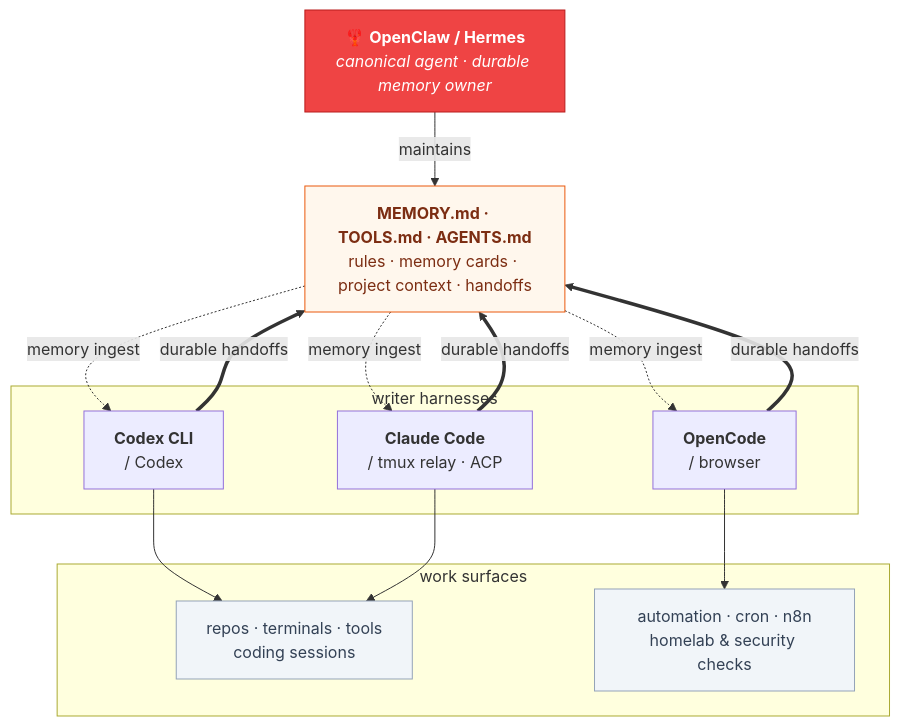
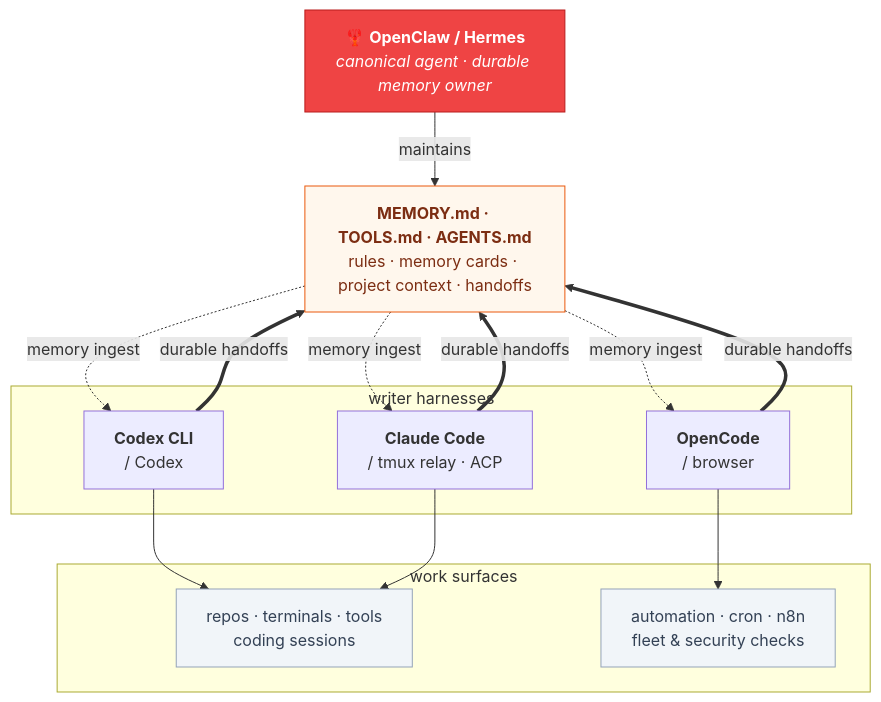
The diagram in README.md (escoffier-labs/solos-cookbook), drawn with Mermaid before and after one commit. The commit also changed other lines of this file and 13 other files, not shown here.

````diff
--- a/README.md
+++ b/README.md
@@ -91,29 +91,29 @@
 ```mermaid
 flowchart TB
     OWNER["🦞 <b>OpenClaw / Hermes</b><br/><i>canonical agent · durable memory owner</i>"]
     MEM["<b>MEMORY.md · TOOLS.md · AGENTS.md</b><br/>rules · memory cards · project context · handoffs"]
     OWNER -->|maintains| MEM
 
     subgraph WRITERS [" writer harnesses "]
         CODEX["<b>Codex CLI</b><br/>/ Codex"]
         CLAUDE["<b>Claude Code</b><br/>/ tmux relay · ACP"]
         OPEN["<b>OpenCode</b><br/>/ browser"]
     end
 
     CODEX & CLAUDE & OPEN == durable handoffs ==> MEM
     MEM -. memory ingest .-> CODEX & CLAUDE & OPEN
 
     subgraph SURFACES [" work surfaces "]
         WORK["repos · terminals · tools<br/>coding sessions"]
-        AUTO["automation · cron · n8n<br/>homelab & security checks"]
+        AUTO["automation · cron · n8n<br/>fleet & security checks"]
     end
     CODEX & CLAUDE --> WORK
     OPEN --> AUTO
 
     classDef owner fill:#ef4444,stroke:#b91c1c,color:#fff;
     classDef mem fill:#fff7ed,stroke:#ea580c,color:#7c2d12;
     classDef surface fill:#f1f5f9,stroke:#94a3b8,color:#334155;
     class OWNER owner;
     class MEM mem;
     class WORK,AUTO surface;
 ```
````
